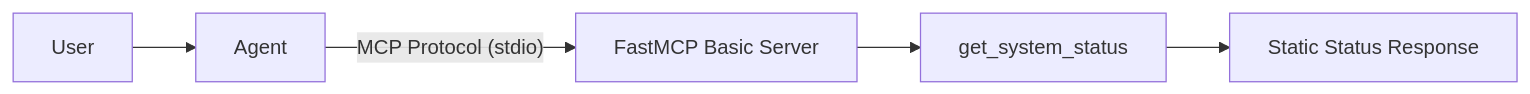
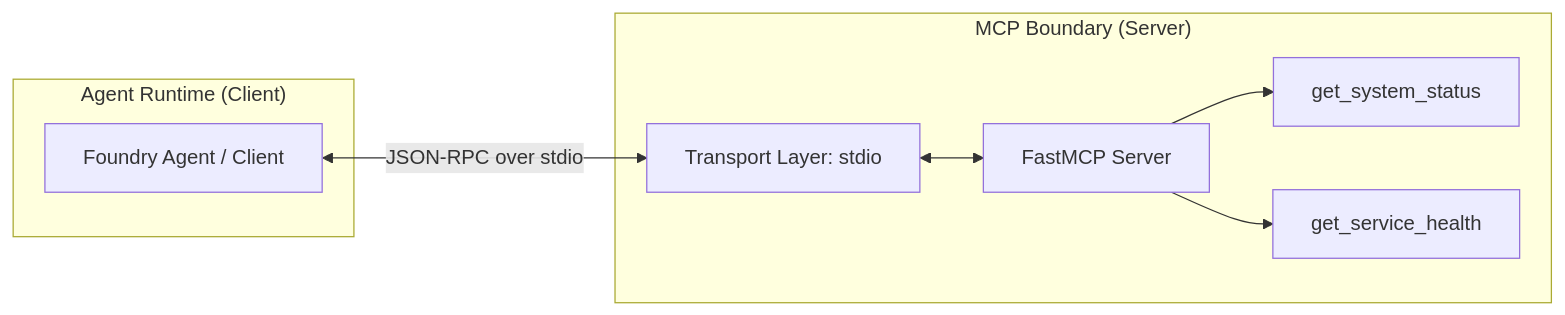
The diagram in building-blocks/mcp/fastmcp-basic-server/README.md (wildersa/azure_ref_kit), drawn with Mermaid before and after one commit. The commit also changed other lines of this file and 3 other files, not shown here.

First line of the commit message:
Implement high-quality FastMCP basic server reference

````diff
--- a/building-blocks/mcp/fastmcp-basic-server/README.md
+++ b/building-blocks/mcp/fastmcp-basic-server/README.md
@@ -10,7 +8,18 @@
 ```mermaid
 flowchart LR
-    User --> Agent
-    Agent -- MCP Protocol (stdio) --> MCP_Server[FastMCP Basic Server]
-    MCP_Server --> Tool[get_system_status]
-    Tool --> SystemStatus[Static Status Response]
+    subgraph "Agent Runtime (Client)"
+        Agent[Foundry Agent / Client]
+    end
+
+    subgraph "MCP Boundary (Server)"
+        Transport[Transport Layer: stdio]
+        Server[FastMCP Server]
+        Tool1[get_system_status]
+        Tool2[get_service_health]
+    end
+
+    Agent <-->|JSON-RPC over stdio| Transport
+    Transport <--> Server
+    Server --> Tool1
+    Server --> Tool2
 ```
````
